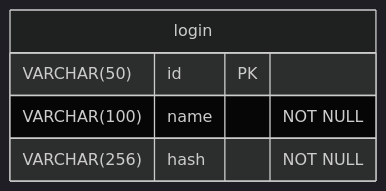
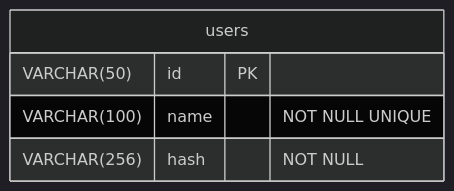
Before and after one commit to floalzaix/accounts: the diagram in structure.md, drawn with Mermaid (dark theme). The commit also changed other lines of this file and 83 other files, not shown here.

````diff
--- a/structure.md
+++ b/structure.md
@@ -52,8 +55,8 @@
     ```mermaid
             erDiagram
-                login {
+                users {
                     VARCHAR(50) id PK
-                    VARCHAR(100) name "NOT NULL"
+                    VARCHAR(100) name "NOT NULL UNIQUE"
                     VARCHAR(256) hash "NOT NULL"
                 }
     ```
````
